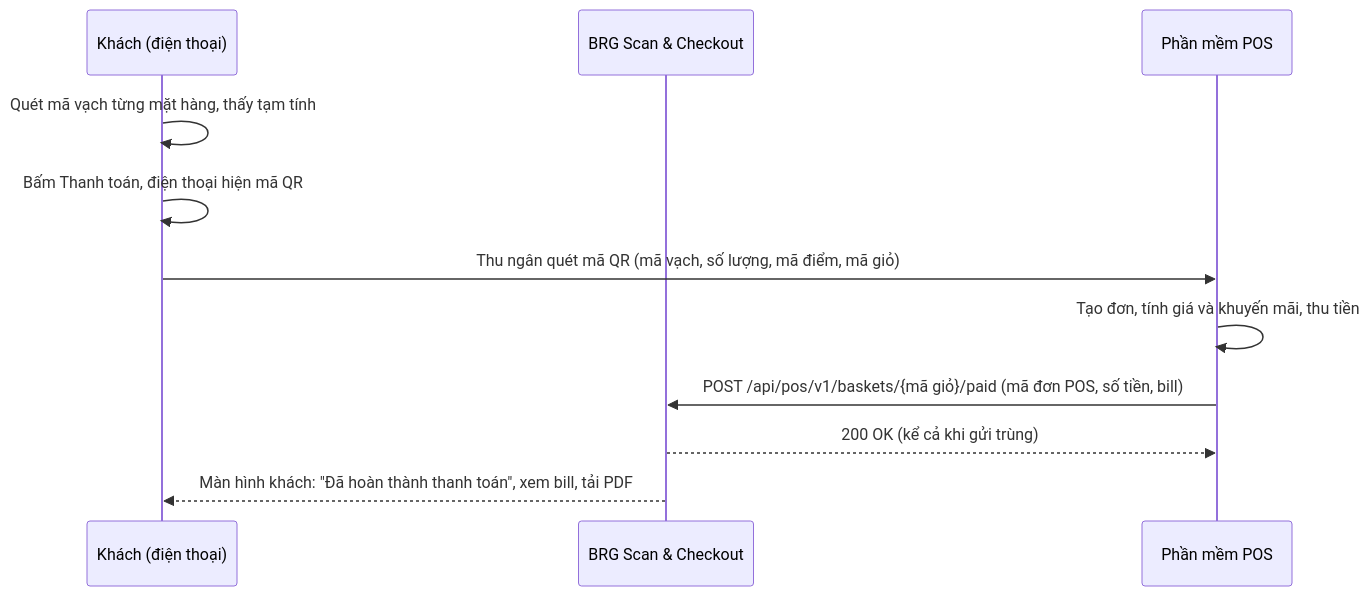
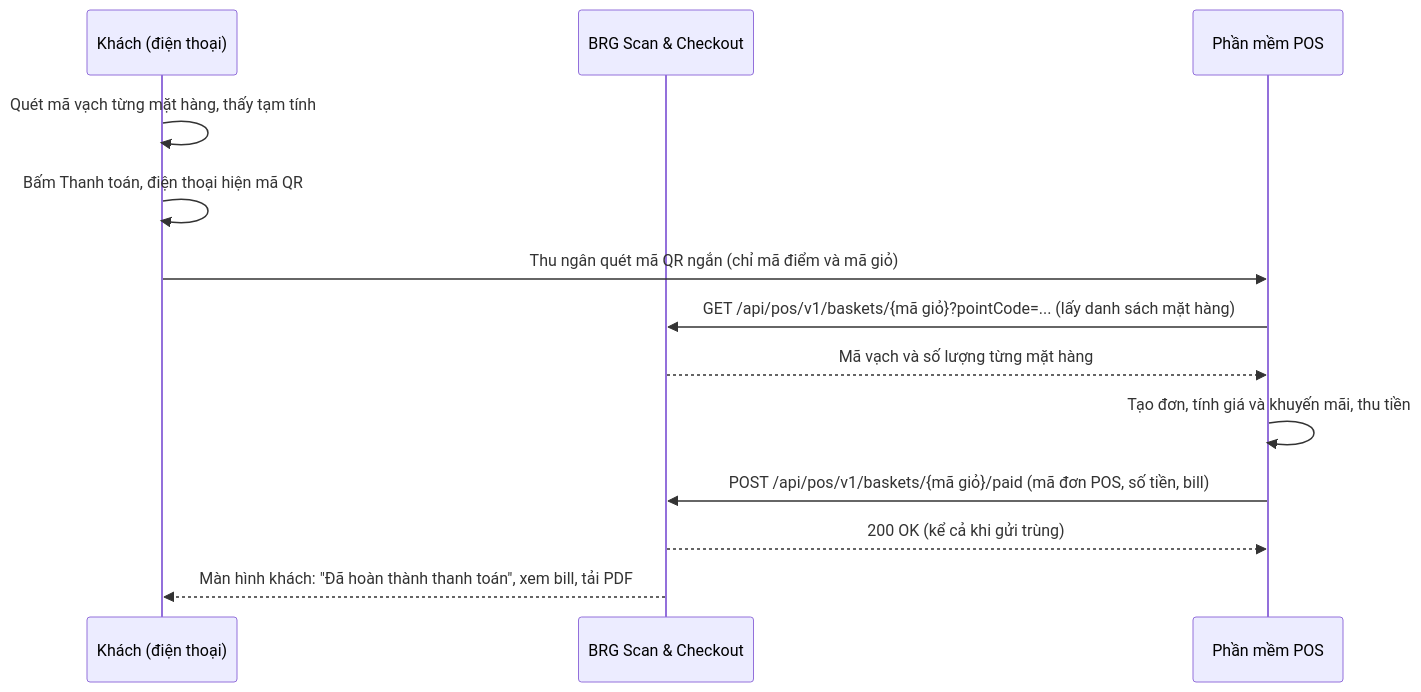
Before and after one commit to pth8081/Self-Checkout: the diagram in docs/api-qr-gio-hang.md, drawn with Mermaid. The commit also changed other lines of this file and 31 other files, not shown here.

First line of the commit message:
Mã QR ngắn BRG2 (mã điểm + mã giỏ); Dsmart POS lấy danh sách mặt hàng qua GET /baskets/{mã giỏ}; mã đầy đủ BRG1 làm dự phòng khi mất mạng

````diff
--- a/docs/api-qr-gio-hang.md
+++ b/docs/api-qr-gio-hang.md
@@ -16,13 +16,15 @@
 ```mermaid
 sequenceDiagram
     participant K as Khách (điện thoại)
     participant B as BRG Scan & Checkout
     participant P as Phần mềm POS
     K->>K: Quét mã vạch từng mặt hàng, thấy tạm tính
     K->>K: Bấm Thanh toán, điện thoại hiện mã QR
-    K->>P: Thu ngân quét mã QR (mã vạch, số lượng, mã điểm, mã giỏ)
+    K->>P: Thu ngân quét mã QR ngắn (chỉ mã điểm và mã giỏ)
+    P->>B: GET /api/pos/v1/baskets/{mã giỏ}?pointCode=... (lấy danh sách mặt hàng)
+    B-->>P: Mã vạch và số lượng từng mặt hàng
     P->>P: Tạo đơn, tính giá và khuyến mãi, thu tiền
     P->>B: POST /api/pos/v1/baskets/{mã giỏ}/paid (mã đơn POS, số tiền, bill)
     B-->>P: 200 OK (kể cả khi gửi trùng)
     B-->>K: Màn hình khách: "Đã hoàn thành thanh toán", xem bill, tải PDF
 ```
````
